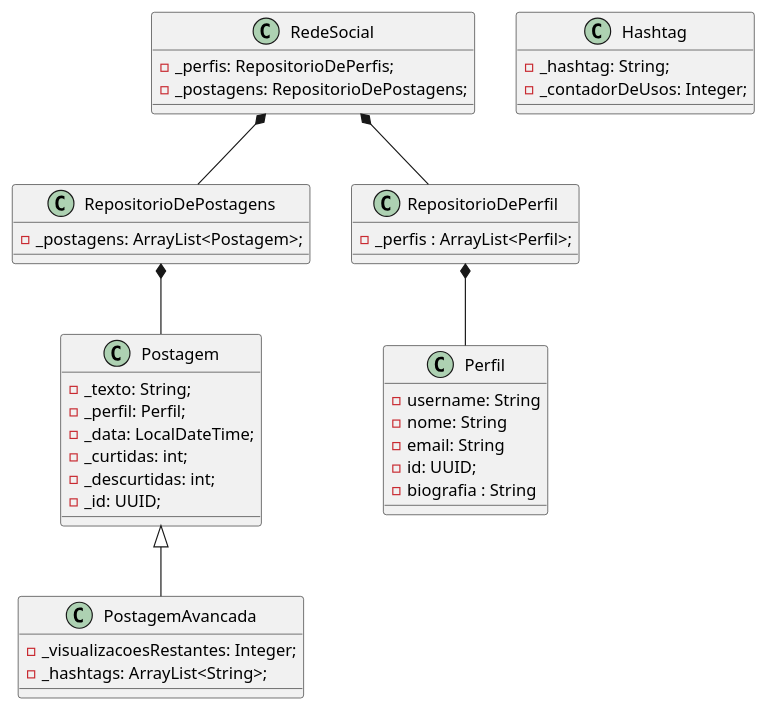
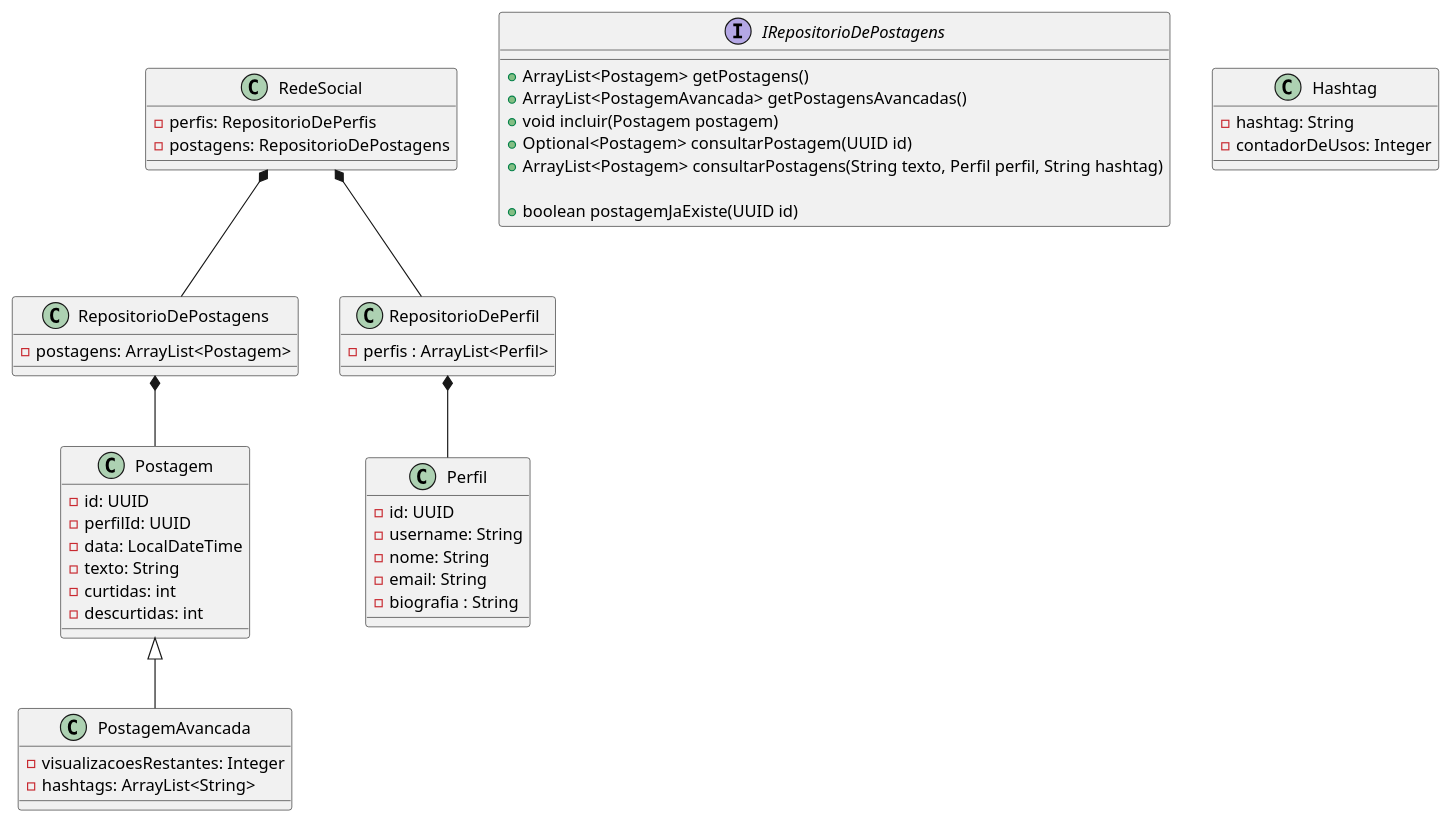
One commit to msruan/Rubi changed the diagram in modelo.plantuml. Above: the diagram before and after it, drawn with PlantUML. The commit also changed 11 other files, not shown here.

```diff
--- a/modelo.plantuml
+++ b/modelo.plantuml
@@ -1,47 +1,70 @@
 @startuml Rubi
+
 class Perfil {
+
+    -id: UUID
     -username: String
     -nome: String
     -email: String
-    -id: UUID;
     -biografia : String
 }
 
 class Postagem {
-    -_texto: String;
-    -_perfil: Perfil;   
-    -_data: LocalDateTime;
-    -_curtidas: int;
-    -_descurtidas: int;
-    -_id: UUID;
+
+    -id: UUID
+    -perfilId: UUID
+    -data: LocalDateTime
+    -texto: String
+    -curtidas: int
+    -descurtidas: int
 }
 
-class PostagemAvancada {
-    -_visualizacoesRestantes: Integer;
-    -_hashtags: ArrayList<String>;
+class PostagemAvancada{
+
+    -visualizacoesRestantes: Integer
+    -hashtags: ArrayList<String>
+}
+
+interface IRepositorioDePostagens {
+
+    +ArrayList<Postagem> getPostagens()
+
+
+    +ArrayList<PostagemAvancada> getPostagensAvancadas()
+
+
+    +void incluir(Postagem postagem) 
+
+
+    +Optional<Postagem> consultarPostagem(UUID id)
+
+    
+    +ArrayList<Postagem> consultarPostagens(String texto, Perfil perfil, String hashtag)
+
+    +boolean postagemJaExiste(UUID id)
 }
 
 class RepositorioDePostagens {
-    -_postagens: ArrayList<Postagem>;
+    -postagens: ArrayList<Postagem>
 }
 
 class RepositorioDePerfil {
-    -_perfis : ArrayList<Perfil>;
+    -perfis : ArrayList<Perfil>
 }
 
 class RedeSocial {
-    -_perfis: RepositorioDePerfis;
-    -_postagens: RepositorioDePostagens;
+    -perfis: RepositorioDePerfis
+    -postagens: RepositorioDePostagens
 }
 
 class Hashtag {
-    -_hashtag: String;
-    -_contadorDeUsos: Integer;
+    -hashtag: String
+    -contadorDeUsos: Integer
 }
 
 RedeSocial *-- RepositorioDePostagens
 RedeSocial *-- RepositorioDePerfil
 RepositorioDePostagens *-- Postagem
 RepositorioDePerfil *-- Perfil
 Postagem <|-- PostagemAvancada
 @enduml
```
